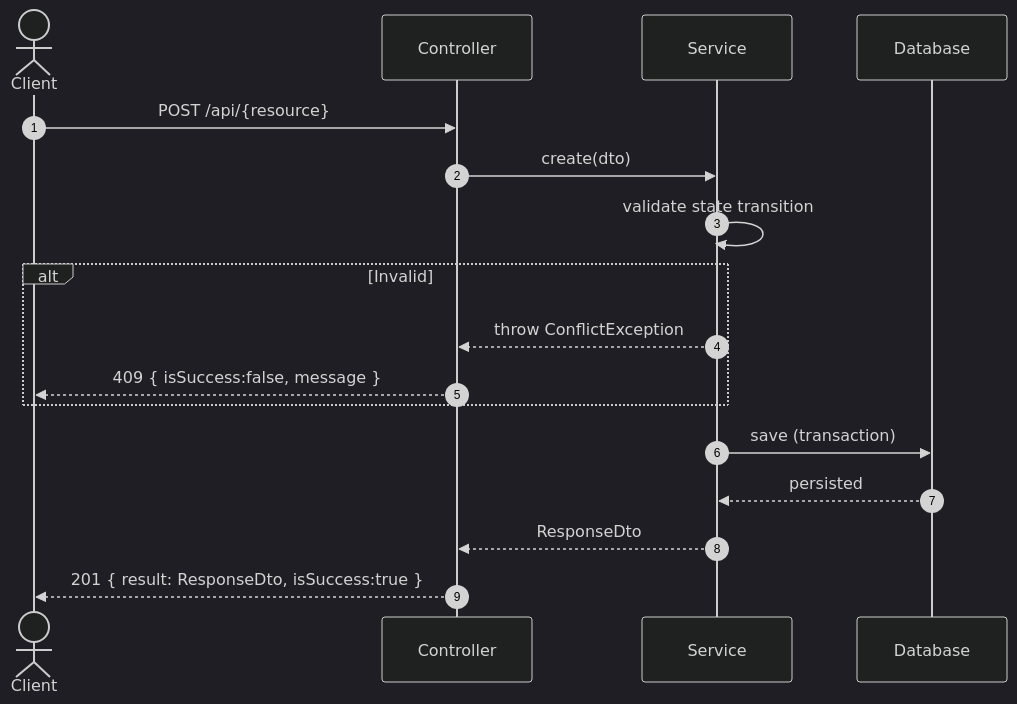
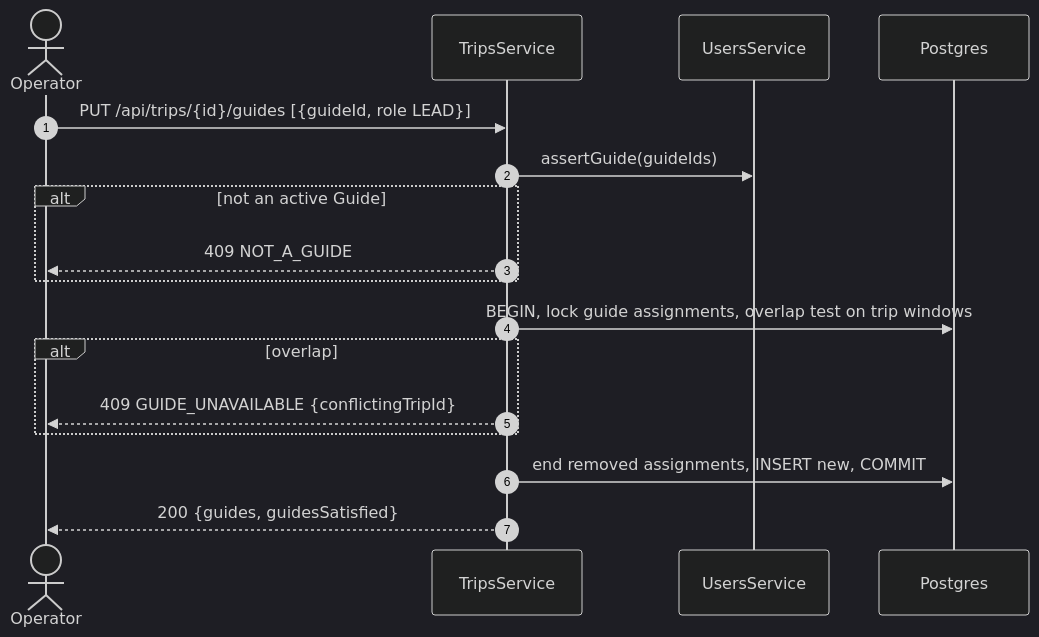
Before and after one commit to TrekLink-Team/treklink-web: the third of 3 diagrams in specs/trips/design.md, drawn with Mermaid (dark theme). The commit also changed other lines of this file and 22 other files, not shown here.

First line of the commit message:
docs(trips): specify packages, the 8-state trip lifecycle and guide assignment

````diff
--- a/specs/trips/design.md
+++ b/specs/trips/design.md
@@ -51,20 +248,19 @@
 ```mermaid
 sequenceDiagram
     autonumber
-    actor Client
-    participant Controller
-    participant Service
-    participant DB as Database
-
-    Client->>Controller: POST /api/{resource}
-    Controller->>Service: create(dto)
-    Service->>Service: validate state transition
-    alt Invalid
-        Service-->>Controller: throw ConflictException
-        Controller-->>Client: 409 { isSuccess:false, message }
+    actor O as Operator
+    participant T as TripsService
+    participant U as UsersService
+    participant DB as Postgres
+    O->>T: PUT /api/trips/{id}/guides [{guideId, role LEAD}]
+    T->>U: assertGuide(guideIds)
+    alt not an active Guide
+        T-->>O: 409 NOT_A_GUIDE
     end
-    Service->>DB: save (transaction)
-    DB-->>Service: persisted
-    Service-->>Controller: ResponseDto
-    Controller-->>Client: 201 { result: ResponseDto, isSuccess:true }
+    T->>DB: BEGIN, lock guide assignments, overlap test on trip windows
+    alt overlap
+        T-->>O: 409 GUIDE_UNAVAILABLE {conflictingTripId}
+    end
+    T->>DB: end removed assignments, INSERT new, COMMIT
+    T-->>O: 200 {guides, guidesSatisfied}
 ```
````
